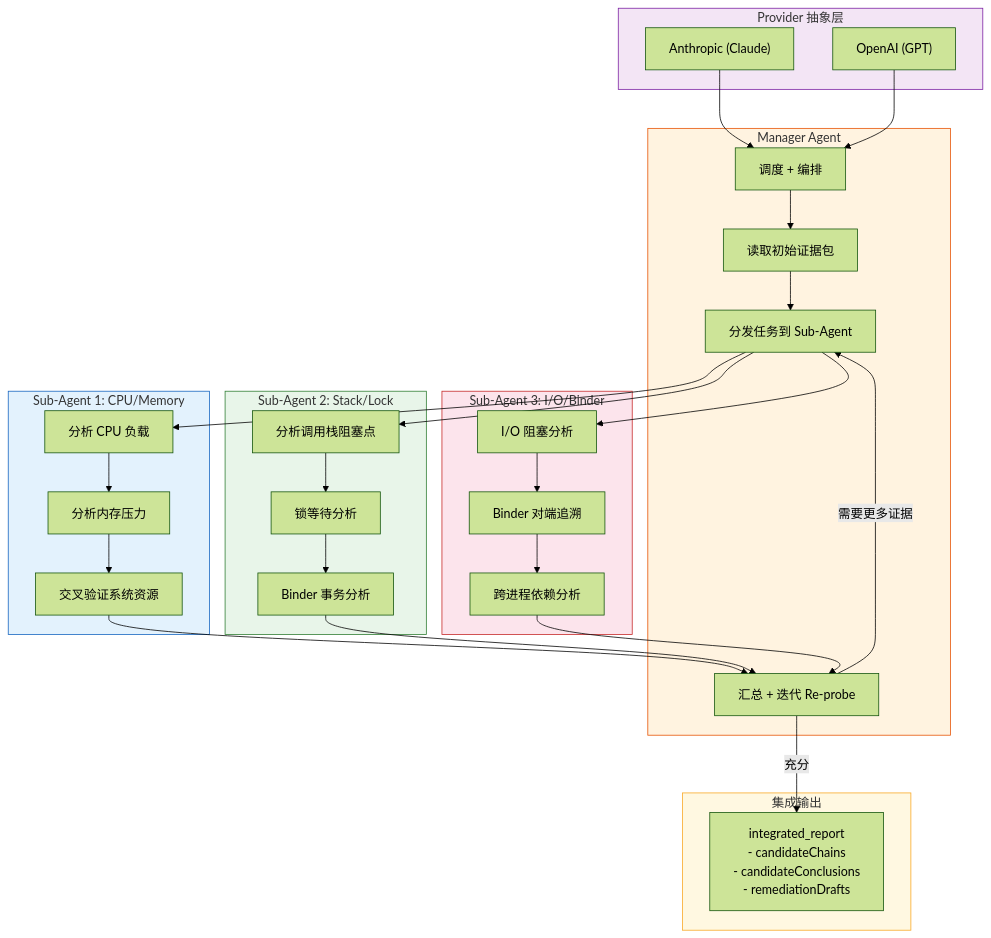
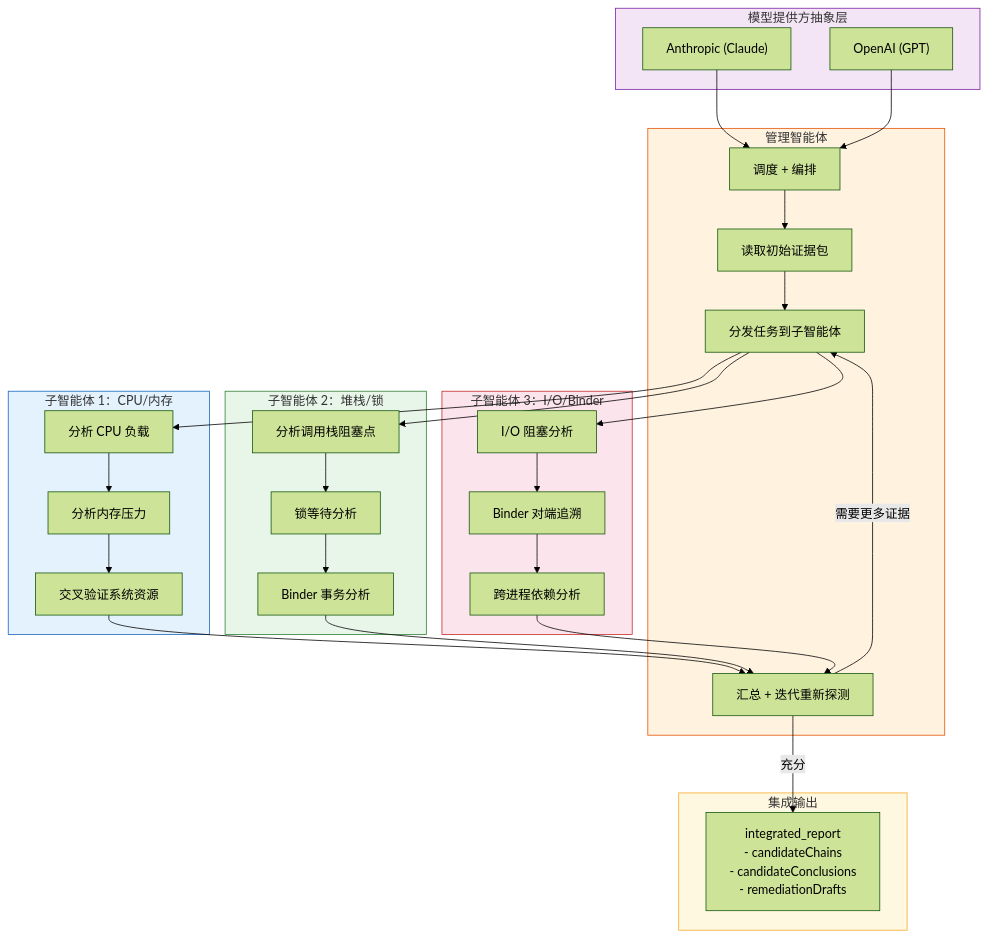
One commit to yuchuangu85/llm-anr changed the fourth of 8 diagrams in docs/agent-anr-flowchart.md. Above: the diagram before and after it, drawn with Mermaid (forest theme). The commit also changed other lines of this file and 40 other files, not shown here.

````diff
--- a/docs/agent-anr-flowchart.md
+++ b/docs/agent-anr-flowchart.md
@@ -215,54 +215,54 @@
 ```mermaid
 flowchart TD
-    subgraph PROVIDER["Provider 抽象层"]
+    subgraph PROVIDER["模型提供方抽象层"]
         PR1["Anthropic (Claude)"]
         PR2["OpenAI (GPT)"]
     end
 
-    subgraph MANAGER["Manager Agent"]
+    subgraph MANAGER["管理智能体"]
         M1["调度 + 编排"]
         M2["读取初始证据包"]
-        M3["分发任务到 Sub-Agent"]
-        M4["汇总 + 迭代 Re-probe"]
+        M3["分发任务到子智能体"]
+        M4["汇总 + 迭代重新探测"]
     end
 
-    subgraph SUB1["Sub-Agent 1: CPU/Memory"]
+    subgraph SUB1["子智能体 1：CPU/内存"]
         S1A["分析 CPU 负载"]
         S1B["分析内存压力"]
         S1C["交叉验证系统资源"]
     end
 
-    subgraph SUB2["Sub-Agent 2: Stack/Lock"]
+    subgraph SUB2["子智能体 2：堆栈/锁"]
         S2A["分析调用栈阻塞点"]
         S2B["锁等待分析"]
         S2C["Binder 事务分析"]
     end
 
-    subgraph SUB3["Sub-Agent 3: I/O/Binder"]
+    subgraph SUB3["子智能体 3：I/O/Binder"]
         S3A["I/O 阻塞分析"]
         S3B["Binder 对端追溯"]
         S3C["跨进程依赖分析"]
     end
 
     subgraph RESULT["集成输出"]
         RS1["integrated_report\n- candidateChains\n- candidateConclusions\n- remediationDrafts"]
     end
 
     PR1 & PR2 --> M1
     M1 --> M2
     M2 --> M3
     M3 --> S1A & S2A & S3A
     S1A --> S1B --> S1C
     S2A --> S2B --> S2C
     S3A --> S3B --> S3C
     S1C & S2C & S3C --> M4
     M4 -->|需要更多证据| M3
     M4 -->|充分| RS1
 
     style PROVIDER fill:#f3e5f5,stroke:#7b1fa2
     style MANAGER fill:#fff3e0,stroke:#e65100
     style SUB1 fill:#e3f2fd,stroke:#1565c0
     style SUB2 fill:#e8f5e9,stroke:#2e7d32
     style SUB3 fill:#fce4ec,stroke:#c62828
     style RESULT fill:#fff8e1,stroke:#f9a825
 ```
````
